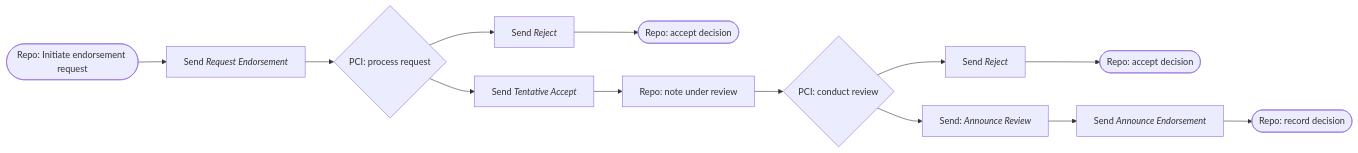
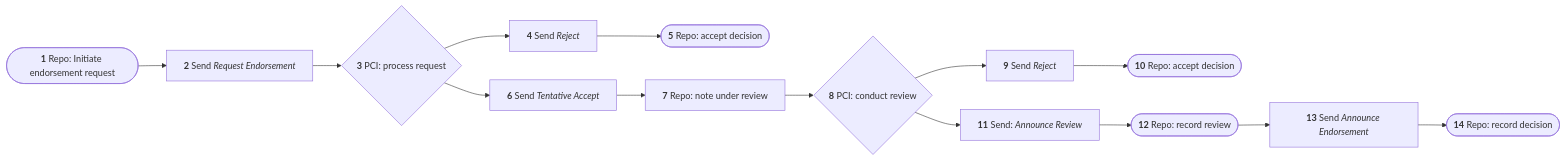
The diagram in webroot/content/catalogue/workflows/67680ceb-327b-4a5a-8fb9-4d396fca2570/_index.md (coar-notify/coar-notify.net), drawn with Mermaid before and after one commit.

Commit message:
added mermaid diagram

````diff
--- a/webroot/content/catalogue/workflows/67680ceb-327b-4a5a-8fb9-4d396fca2570/_index.md
+++ b/webroot/content/catalogue/workflows/67680ceb-327b-4a5a-8fb9-4d396fca2570/_index.md
@@ -17,29 +17,31 @@
 ```mermaid
 flowchart LR
-    1(["`Repo: Initiate endorsement request`"])
-    2["`Send *Request Endorsement*`"]
-    3{"`PCI: process request`"}
-    4["`Send *Reject*`"]
-    5(["`Repo: accept decision`"])
-    6["`Send *Tentative Accept*`"]
-    7["`Repo: note under review`"]
-    8{"`PCI: conduct review`"}
-    9["`Send *Reject*`"]
-    10(["`Repo: accept decision`"])
-    11["`Send: *Announce Review*`"]
-    12["`Send *Announce Endorsement*`"]
-    13(["`Repo: record decision`"])
+    1(["`**1** Repo: Initiate endorsement request`"])
+    2["`**2** Send *Request Endorsement*`"]
+    3{"`**3** PCI: process request`"}
+    4["`**4** Send *Reject*`"]
+    5(["`**5** Repo: accept decision`"])
+    6["`**6** Send *Tentative Accept*`"]
+    7["`**7** Repo: note under review`"]
+    8{"`**8** PCI: conduct review`"}
+    9["`**9** Send *Reject*`"]
+    10(["`**10** Repo: accept decision`"])
+    11["`**11** Send: *Announce Review*`"]
+    12(["`**12** Repo: record review`"])
+    13["`**13** Send *Announce Endorsement*`"]
+    14(["`**14** Repo: record decision`"])
     
     1 --> 2
     2 --> 3
     3 --> 4
     4 --> 5
     3 --> 6
     6 --> 7
     7 --> 8
     8 --> 9
     9 --> 10
     8 --> 11
     11 --> 12
     12 --> 13
+    13 --> 14
 ```
````
